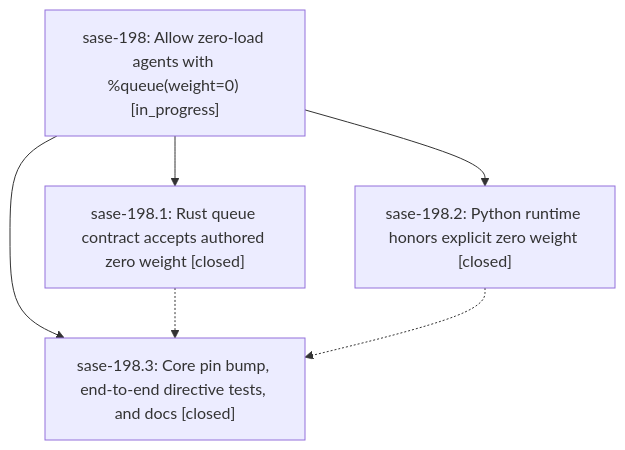
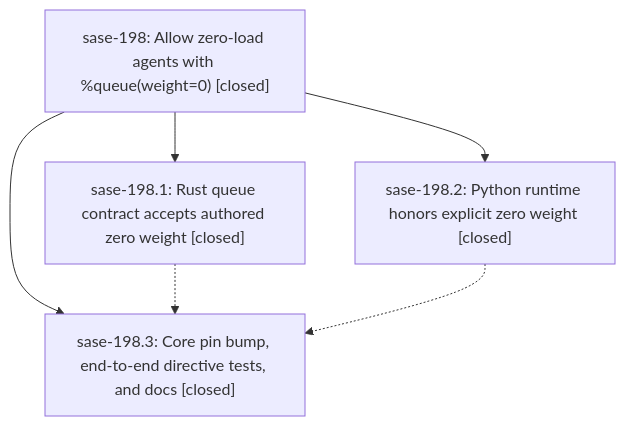
One commit to sase-org/sase--beads changed the diagram in pages/sase-198/README.md. Above: the diagram before and after it, drawn with Mermaid. The commit also changed other lines of this file, not shown here.

First line of the commit message:
chore(beads): sync bead state and pages for sase-198

````diff
--- a/pages/sase-198/README.md
+++ b/pages/sase-198/README.md
@@ -24,12 +30,12 @@
 ```mermaid
 flowchart TD
-    n0["sase-198: Allow zero-load agents with %queue(weight=0) [in_progress]"]
+    n0["sase-198: Allow zero-load agents with %queue(weight=0) [closed]"]
     n1["sase-198.1: Rust queue contract accepts authored zero weight [closed]"]
     n2["sase-198.2: Python runtime honors explicit zero weight [closed]"]
     n3["sase-198.3: Core pin bump, end-to-end directive tests, and docs [closed]"]
     n0 --> n1
     n0 --> n2
     n0 --> n3
     n1 -.-> n3
     n2 -.-> n3
 ```
````
